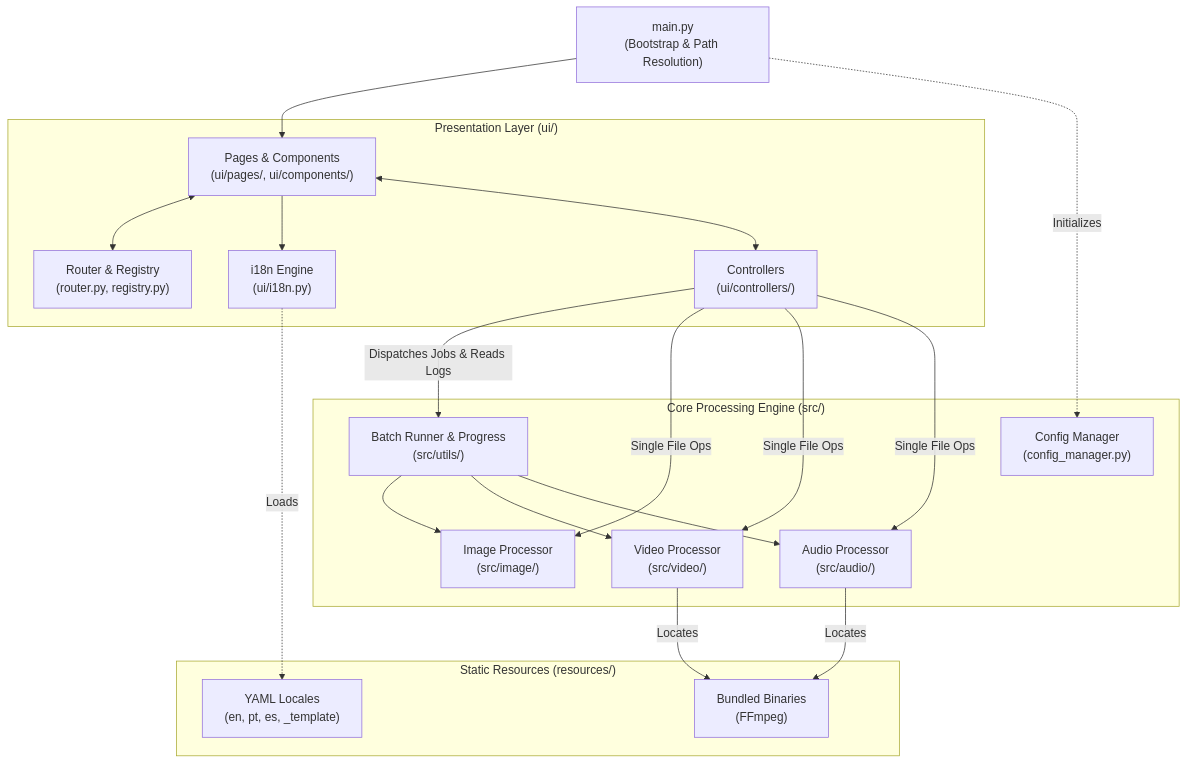
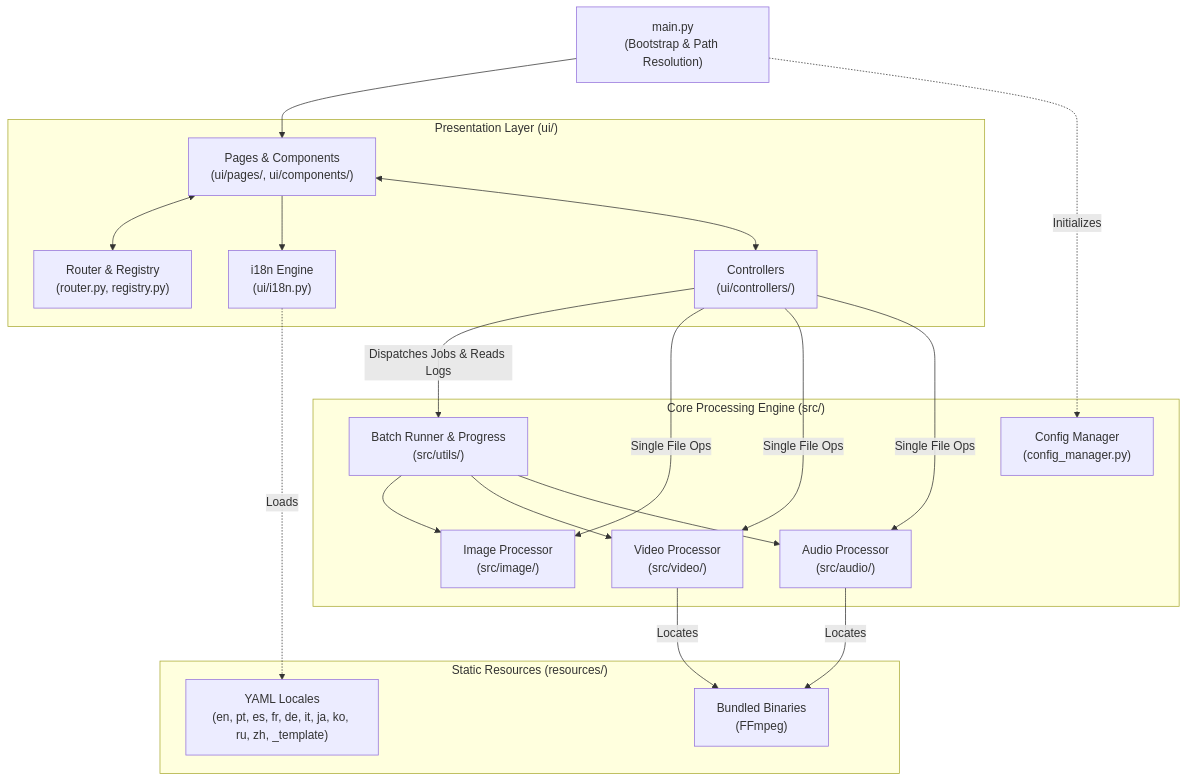
The diagram in docs/ARCHITECTURE.md (brunothinker/FallByte), drawn with Mermaid before and after one commit. The commit also changed other lines of this file and 1 other file, not shown here.

Commit message:
docs: update architecture and README for audio extraction and normalization - Document video-to-audio extraction and EBU R128 loudness normalization in README.md and ARCHITECTURE.md - Update supported locale count and audio subsystem responsibilities across architecture diagrams and summaries

````diff
--- a/docs/ARCHITECTURE.md
+++ b/docs/ARCHITECTURE.md
@@ -11,41 +11,41 @@
 ```mermaid
 flowchart TD
     Entry["main.py<br/>(Bootstrap & Path Resolution)"] --> UI
     
     subgraph Presentation ["Presentation Layer (ui/)"]
         UI["Pages & Components<br/>(ui/pages/, ui/components/)"]
         Router["Router & Registry<br/>(router.py, registry.py)"]
         I18n["i18n Engine<br/>(ui/i18n.py)"]
         Ctrl["Controllers<br/>(ui/controllers/)"]
         
         UI <--> Router
         UI --> I18n
         UI <--> Ctrl
     end
     
     subgraph Resources ["Static Resources (resources/)"]
-        Locales["YAML Locales<br/>(en, pt, es, _template)"]
+        Locales["YAML Locales<br/>(en, pt, es, fr, de, it, ja, ko, ru, zh, _template)"]
         Binaries["Bundled Binaries<br/>(FFmpeg)"]
     end
     
     subgraph Engine ["Core Processing Engine (src/)"]
         Batch["Batch Runner & Progress<br/>(src/utils/)"]
         Img["Image Processor<br/>(src/image/)"]
         Vid["Video Processor<br/>(src/video/)"]
         Aud["Audio Processor<br/>(src/audio/)"]
         Config["Config Manager<br/>(config_manager.py)"]
         
         Batch --> Img
         Batch --> Vid
         Batch --> Aud
     end
     
     I18n -.->|Loads| Locales
     Ctrl -->|Dispatches Jobs & Reads Logs| Batch
     Ctrl -->|Single File Ops| Img
     Ctrl -->|Single File Ops| Vid
     Ctrl -->|Single File Ops| Aud
     Vid -->|Locates| Binaries
     Aud -->|Locates| Binaries
     Entry -.->|Initializes| Config
 ```
````
